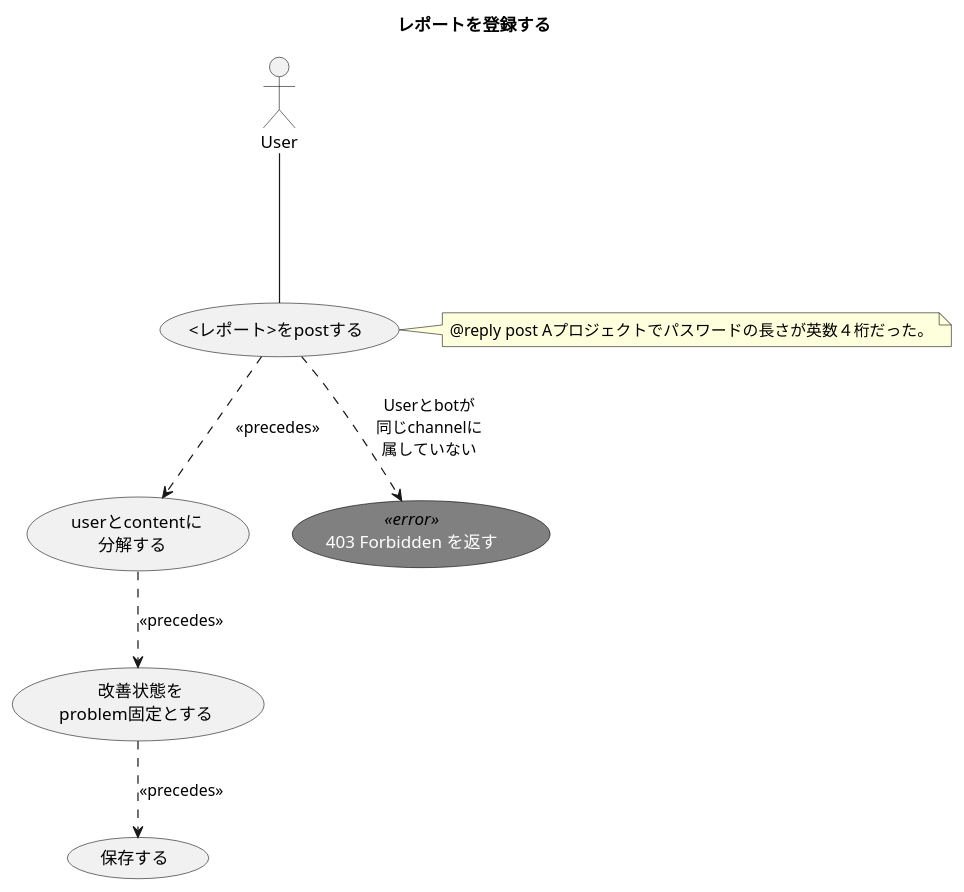
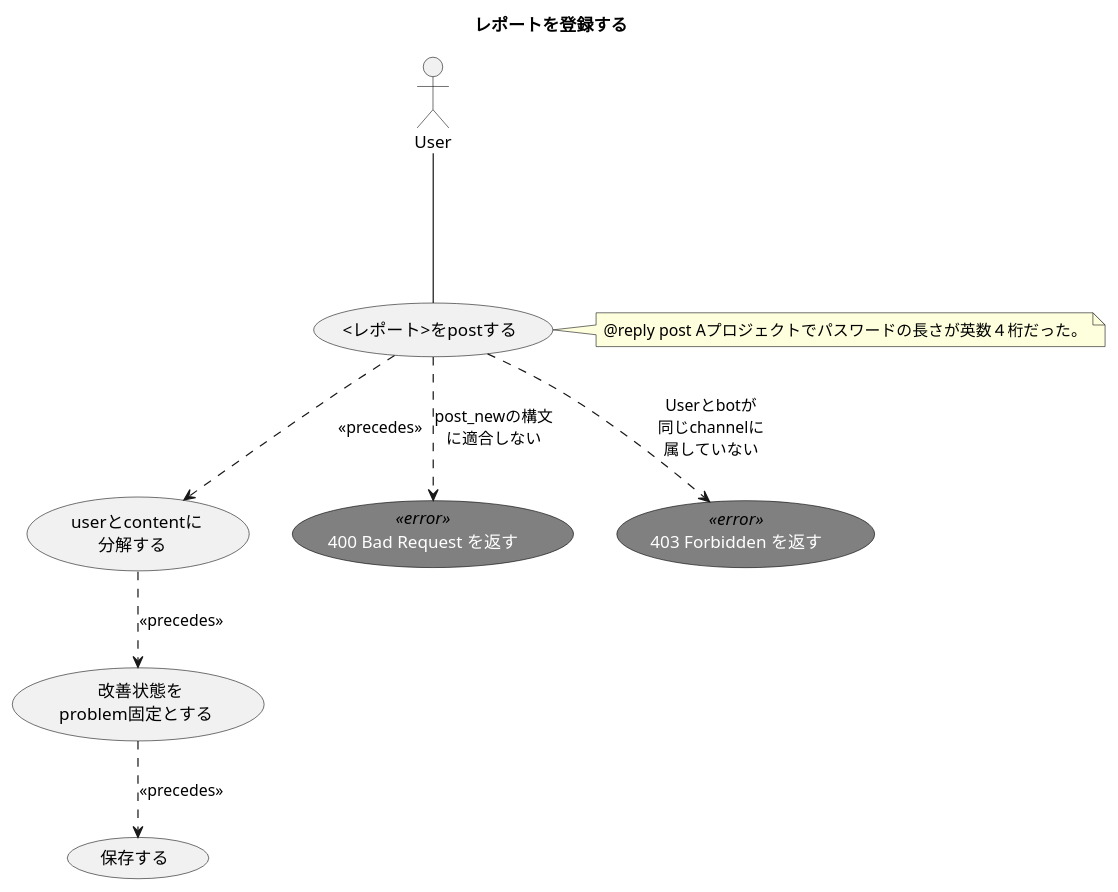
The diagram in 1.design/2.usecases/post-report-new.md (ito-masam/kpt-guard.doc), drawn with PlantUML before and after one commit. The commit also changed 4 other files, not shown here.

```diff
--- a/1.design/2.usecases/post-report-new.md
+++ b/1.design/2.usecases/post-report-new.md
@@ -1,29 +1,32 @@
 @startuml
 
     ' ----------- meta
     title レポートを登録する
 
     skinparam usecase {
       FontColor<<error>> white
       FontName<<error>> Verdana
       BackgroundColor<<error>> gray
       BorderColor<<error>> black
     }
 
     actor User
 
     ' ----------- main
     User --- ( <レポート>をpostする )
     ( <レポート>をpostする ) ..> ( userとcontentに\n分解する ) : << precedes >>
     ( userとcontentに\n分解する ) ..> ( 改善状態を\nproblem固定とする ) : << precedes >>
     ( 改善状態を\nproblem固定とする ) ..> ( 保存する ) : << precedes >>
 
     note right of ( <レポート>をpostする )
       @reply post Aプロジェクトでパスワードの長さが英数４桁だった。
     end note
 
     ' ----------- alternative
+    ( 400 Bad Request を返す ) <<error>>
+    ( <レポート>をpostする ) ..> ( 400 Bad Request を返す ) : post_newの構文\nに適合しない
+
     ( 403 Forbidden を返す ) <<error>>
     ( <レポート>をpostする ) ..> ( 403 Forbidden を返す ) : Userとbotが\n同じchannelに\n属していない
 
 @enduml
```
